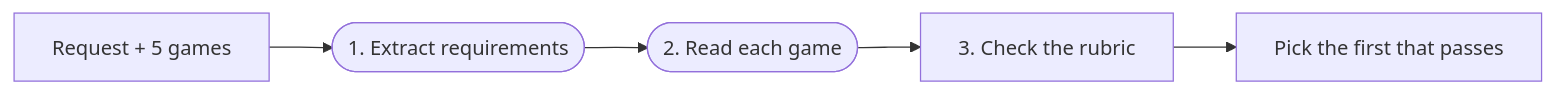
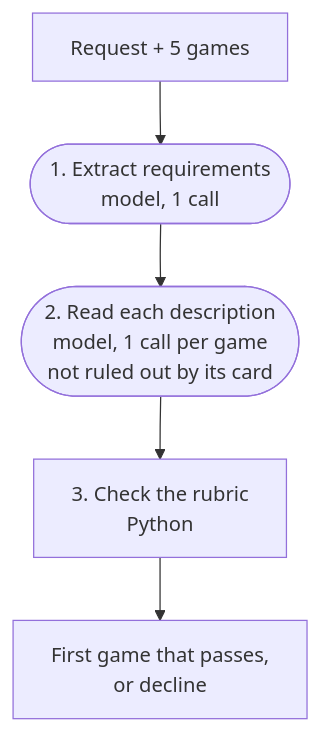
The second of 2 diagrams in README.md (larissapaola1/eais-project-1), drawn with Mermaid before and after one commit. The commit also changed other lines of this file, not shown here.

Commit message:
v10: Fixed README flow graphs.

````diff
--- a/README.md
+++ b/README.md
@@ -138,8 +136,7 @@
 ```mermaid
-%%{init: {"flowchart": {"htmlLabels": false}}}%%
-flowchart LR
-    A["Request + 5 games"] --> B(["1. Extract requirements"])
-    B --> C(["2. Read each game"])
-    C --> D["3. Check the rubric"]
-    D --> E["Pick the first that passes"]
+flowchart TD
+    A["Request + 5 games"] --> B(["1. Extract requirements<br/>model, 1 call"])
+    B --> C(["2. Read each description<br/>model, 1 call per game<br/>not ruled out by its card"])
+    C --> D["3. Check the rubric<br/>Python"]
+    D --> E["First game that passes,<br/>or decline"]
 ```
````
